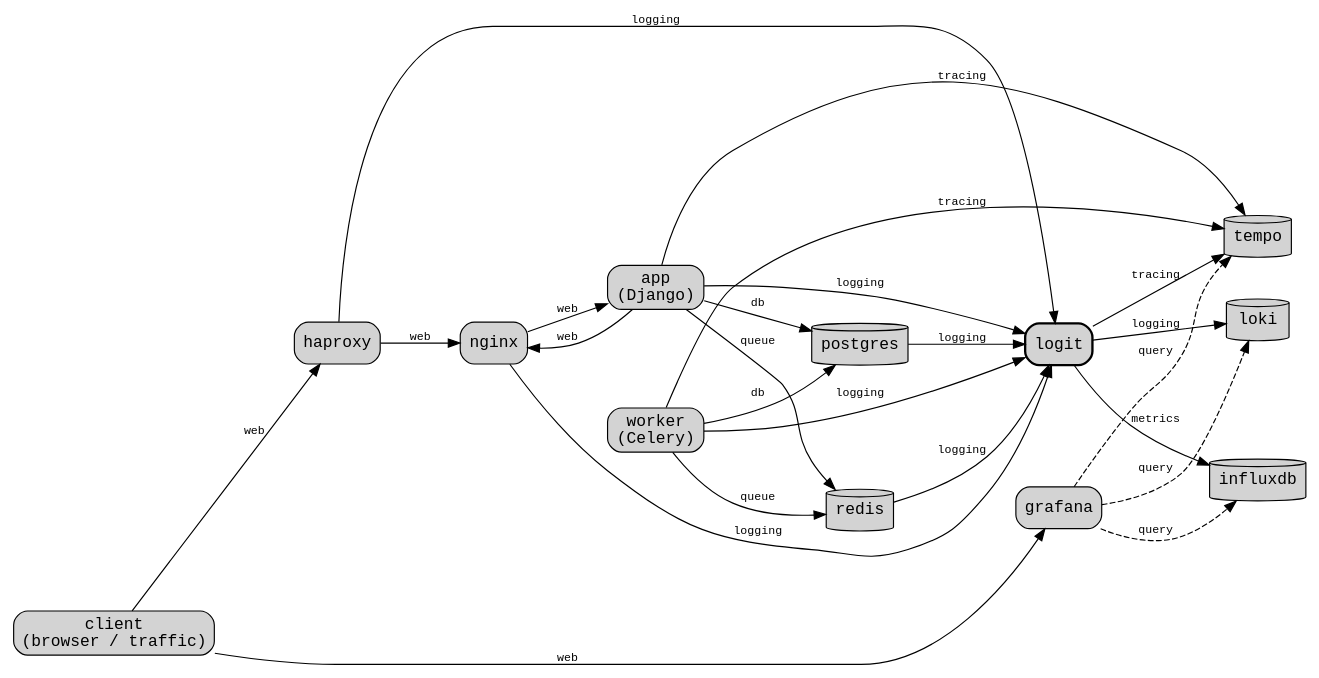
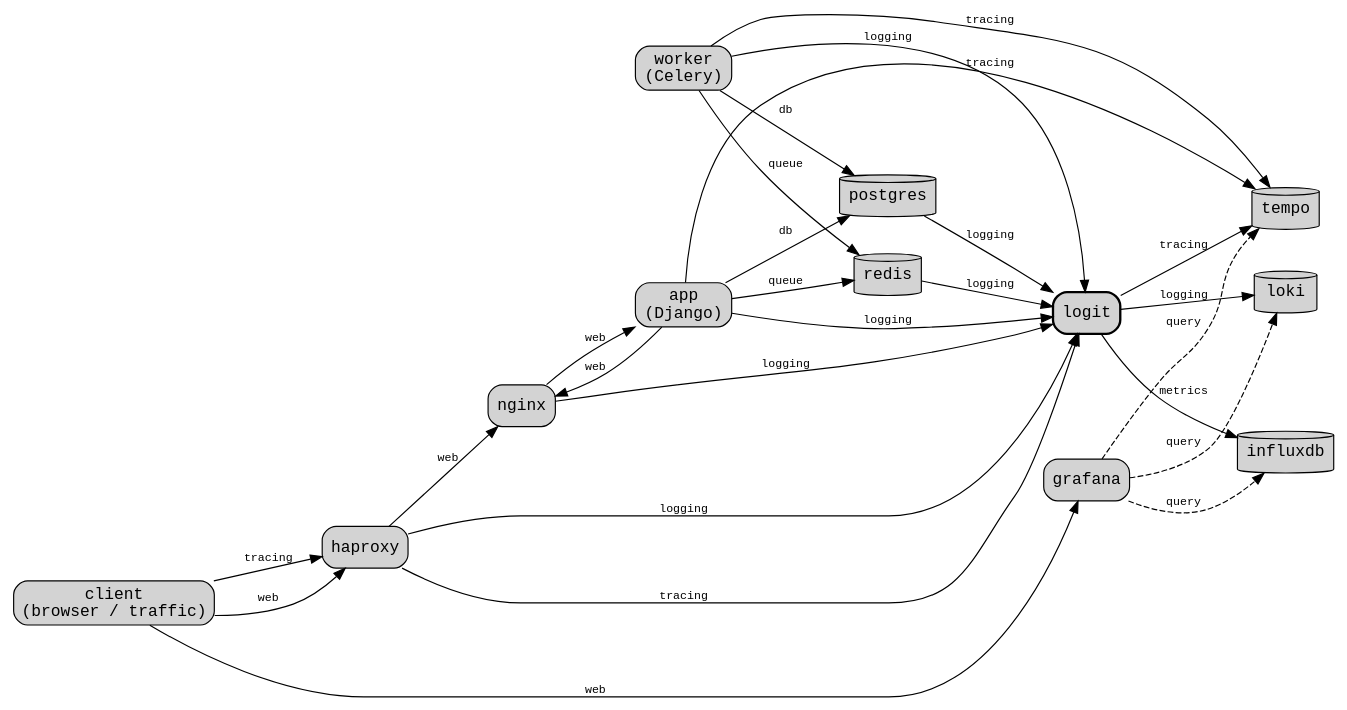
The diagram in demo/architecture.dot (ross/logit), drawn with Graphviz before and after one commit.

Commit message:
docs(demo): draw the browser's OTLP trace path in the architecture diagram
The landing page's SDK posts traces to haproxy, which forwards /v1/* to
logit's browser_in; the diagram had no edge for either hop.

```diff
--- a/demo/architecture.dot
+++ b/demo/architecture.dot
@@ -1,113 +1,122 @@
 // The demo stack's service architecture: who talks to whom, and what *kind* of traffic each
 // edge carries (web / logging / tracing / metrics / db / queue / query). demo/logit.yaml's
 // pipeline diagram (rendered live by `logit graph`, shown below this one on the landing page)
 // covers the other half: `logit`'s internal component graph and the wire protocol each edge
 // uses. The two are deliberately complementary, not overlapping.
 //
 // Hand-authored, not generated: unlike the pipeline diagram, there's no single machine-readable
 // source this could be derived from. "Traffic type" is a human judgment call spanning
 // demo/compose.yaml, demo/logit.yaml, and demo/app/gunicorn.conf.py. So this file CAN drift from
 // reality: when the topology changes, update it by hand alongside the change.
 //
 // Rendered the same way as the pipeline diagram (demo/compose.yaml's `arch-svg`, reusing
 // demo/graph-renderer's Graphviz image), minus the generation step, since this file is already
 // the source.
 digraph architecture {
   rankdir=LR;
   nodesep=0.45;
   ranksep=0.7;
   node [fontname="monospace"];
   edge [fontname="monospace", fontsize=10];
 
   // `style="filled,..."` with no explicit `fillcolor`, matching crates/logit-cli/src/dot.rs's
   // node styling exactly, so both diagrams use the same default Graphviz lightgrey.
 
   // One node for both the real browser and demo/compose.yaml's `traffic` generator: from
   // haproxy's (or grafana's) point of view they're indistinguishable, and `traffic` exists only
   // to generate demo load, not as part of the architecture proper.
   client [shape=box, style="filled,rounded", label="client\n(browser / traffic)"];
 
   haproxy [shape=box, style="filled,rounded"];
   nginx   [shape=box, style="filled,rounded"];
   app     [shape=box, style="filled,rounded", label="app\n(Django)"];
   worker  [shape=box, style="filled,rounded", label="worker\n(Celery)"];
   logit   [shape=box, style="filled,rounded,bold"];
   grafana [shape=box, style="filled,rounded"];
 
   // Cylinders for the five data stores, the one shape this diagram uses that the pipeline
   // diagram doesn't. `logit graph`'s vocabulary doesn't distinguish "a backend that holds data"
   // from any other sink, but at the architecture level that distinction is the point. `redis` is
   // a broker rather than held data like the other four, but it's grouped here rather than given
   // a sixth shape for one node.
   loki     [shape=cylinder, style=filled];
   tempo    [shape=cylinder, style=filled];
   influxdb [shape=cylinder, style=filled];
   postgres [shape=cylinder, style=filled];
   redis    [shape=cylinder, style=filled];
 
   // -- Web: the request path, plus the re-entrant hop `/work` adds -------------------------
   // (docs/plans/demo-richer-traces.md): app calling back into nginx's /inner is a second,
   // independent "web" edge in the opposite direction from nginx -> app, not a reuse of it. The
   // request genuinely re-enters the chain partway rather than looping in place.
   client  -> haproxy [label="web"];
   haproxy -> nginx   [label="web"];
   nginx   -> app     [label="web"];
   app     -> nginx   [label="web"];
   client  -> grafana [label="web"];
 
   // -- Logging: every tier's logs reach `logit` ---------------------------------------------
   // haproxy's, app's, and worker's over syslog. nginx's, redis's, and postgres's are tailed by
   // `logit` directly off the host: nginx's and redis's Docker json-file logs
   // (docs/adr/file-tailing-and-docker-json-logs.md, this demo's end-to-end proof for that ADR)
   // and postgres's rotating jsonlog directory (`tail_in`, docs/plans/demo-richer-traces.md).
   // Either way it's one "logging" edge: the transport is a detail this diagram doesn't draw
   // (demo/logit.yaml's topology comment has it).
   haproxy  -> logit [label="logging"];
   nginx    -> logit [label="logging"];
   app      -> logit [label="logging"];
   worker   -> logit [label="logging"];
   postgres -> logit [label="logging"];
   redis    -> logit [label="logging"];
   logit    -> loki  [label="logging"];
 
   // -- db: reads/writes against Postgres, from either app-tier process ---------------------
   // Distinct from "query" below, which is Grafana reading back what this stack wrote. This is
   // `app`/`worker` reading and writing their own state over `psycopg`
   // (docs/plans/demo-richer-traces.md). Both processes write: `pages/tasks.py`'s task runs in
   // the `worker` process.
   app    -> postgres [label="db"];
   worker -> postgres [label="db"];
 
   // -- queue: Celery's broker traffic -------------------------------------------------------
   // `app` publishes (`.delay()`, pages/views.py's `work`); `worker` consumes. Two directed edges
   // for one exchange, like `nginx -> app`/`app -> nginx` above, rather than implying a single
   // bidirectional one (docs/plans/demo-richer-traces.md).
   app    -> redis [label="queue"];
   worker -> redis [label="queue"];
 
-  // -- Tracing: two independent paths into Tempo -------------------------------------------
+  // -- Tracing: three paths into Tempo ------------------------------------------------------
+  // The landing page's browser SDK (demo/app/browser/telemetry.js) POSTs OTLP/HTTP traces to
+  // haproxy on the page's own origin, and haproxy's `is_otlp` ACL forwards `/v1/*` to `logit`'s
+  // `browser_in`. Same-origin through haproxy, not straight to `logit`, because `otlp_in` has no
+  // CORS support (demo/haproxy/haproxy.cfg). These are drawn as their own "tracing" edges, apart
+  // from the "web" and "logging" edges that share their endpoints. Only a real browser takes this
+  // path: `traffic` is a `curl` loop and sends none.
+  //
   // `logit`'s own internal spans travel the `logit -> tempo` edge, and so do haproxy's/nginx's
   // real access-line spans (docs/adr/trace-context-span-lifting.md's `span:` block), derived
   // from the same log line the "logging" edges above already show: one wire, two signals, no new
   // edge. `app`'s request/database-client/Celery-producer spans and `worker`'s
   // Celery-consumer/database-client spans go straight to Tempo's OTLP receiver instead,
   // deliberately bypassing `logit` (docs/plans/demo-tracing-stack.md's "Decisions already
   // settled"). Not every telemetry leg needs `logit` in front of it, and this diagram shows that
   // honestly rather than drawing an edge through `logit` that doesn't exist. `postgres` and
   // `redis` get no edge into `tempo`, because neither runs an SDK: postgres's trace id reaches
   // Loki only, via its "logging" edge, and redis's log carries none (its "logging" edge is server
   // lines only; the broker traffic is traced from both client ends, `app`'s and `worker`'s Redis
   // CLIENT spans).
-  logit  -> tempo [label="tracing"];
-  app    -> tempo [label="tracing"];
-  worker -> tempo [label="tracing"];
+  client  -> haproxy [label="tracing"];
+  haproxy -> logit   [label="tracing"];
+  logit   -> tempo   [label="tracing"];
+  app     -> tempo   [label="tracing"];
+  worker  -> tempo   [label="tracing"];
 
   // -- Metrics -------------------------------------------------------------------------------
   logit -> influxdb [label="metrics"];
 
   // -- Query: Grafana reading back what everything else wrote, dashed to set it apart from
   // the push/write traffic above -------------------------------------------------------------
   grafana -> loki     [label="query", style=dashed];
   grafana -> tempo    [label="query", style=dashed];
   grafana -> influxdb [label="query", style=dashed];
 }
```
